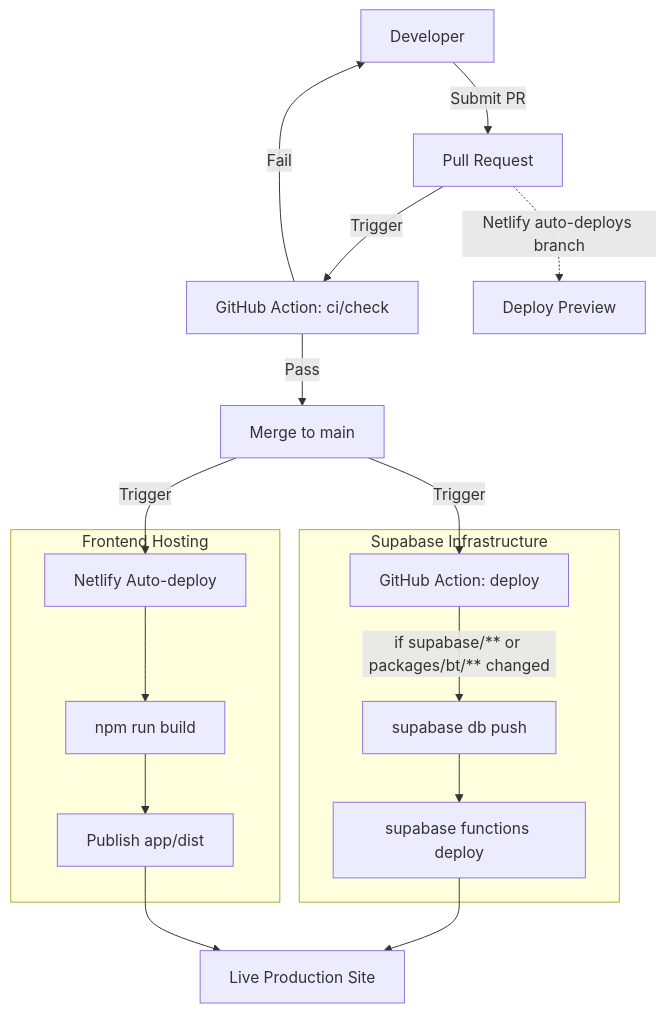
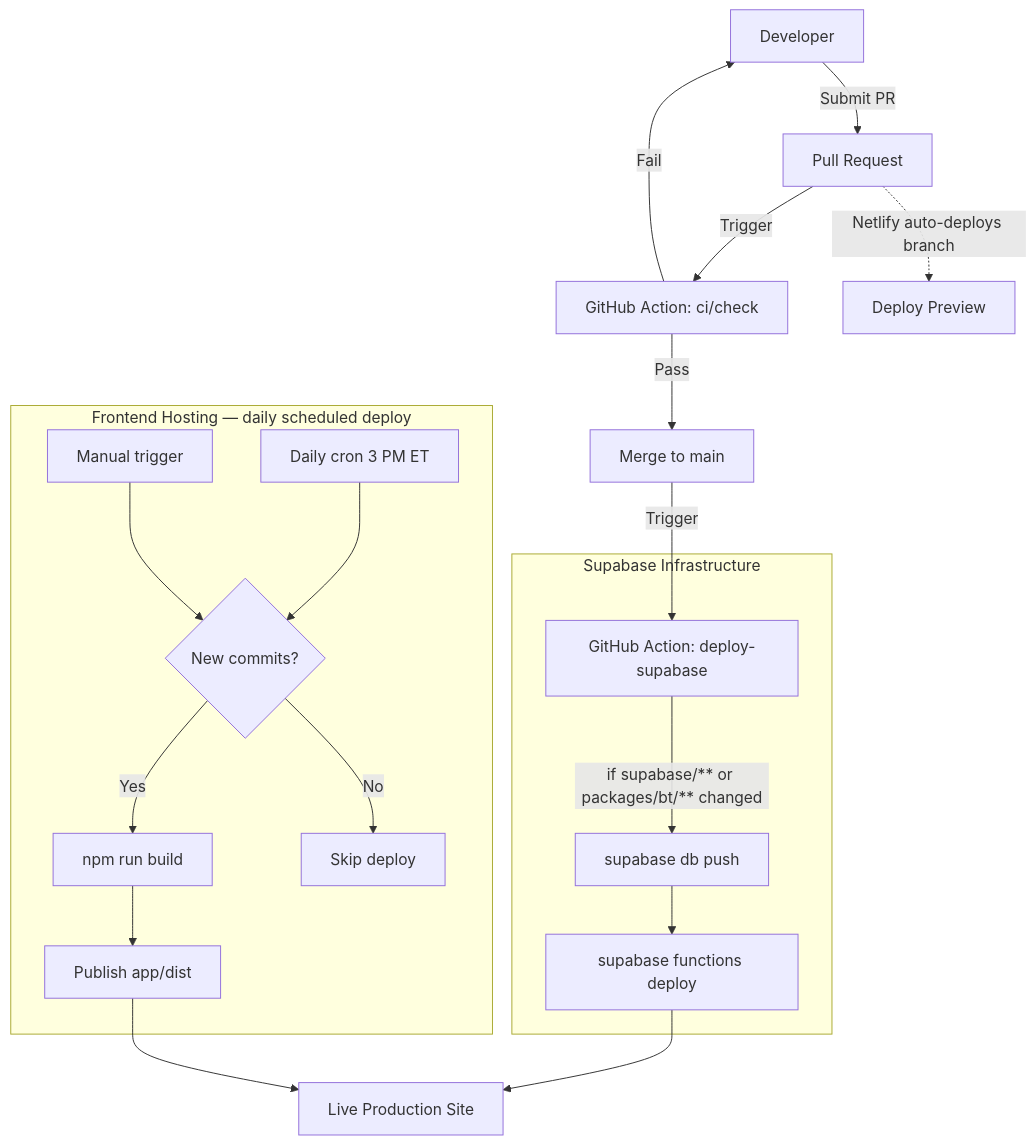
One commit to pandeiro/CoasterRank changed the diagram in README.md. Above: the diagram before and after it, drawn with Mermaid. The commit also changed other lines of this file and 4 other files, not shown here.

First line of the commit message:
feat: scheduled Netlify deploy (daily 3 PM ET + manual trigger)

````diff
--- a/README.md
+++ b/README.md
@@ -37,24 +37,26 @@
 ```mermaid
 graph TD
     Dev[Developer] -->|Submit PR| PR[Pull Request]
     PR -->|Trigger| CI[GitHub Action: ci/check]
     PR -.->|Netlify auto-deploys branch| Preview[Deploy Preview]
     CI -->|Pass| Merge[Merge to main]
     CI -->|Fail| Dev
 
-    Merge -->|Trigger| GH_Deploy[GitHub Action: deploy]
-    Merge -->|Trigger| Netlify[Netlify Auto-deploy]
+    Merge -->|Trigger| GH_Deploy[GitHub Action: deploy-supabase]
 
     subgraph Supabase [Supabase Infrastructure]
         GH_Deploy -->|if supabase/** or packages/bt/** changed| DB[supabase db push]
         DB --> Func[supabase functions deploy]
     end
 
-    subgraph Frontend [Frontend Hosting]
-        Netlify --> Build[npm run build]
+    subgraph Frontend [Frontend Hosting — daily scheduled deploy]
+        Cron[Daily cron 3 PM ET] --> Check{New commits?}
+        Manual[Manual trigger] --> Check
+        Check -->|Yes| Build[npm run build]
+        Check -->|No| Skip[Skip deploy]
         Build --> Deploy[Publish app/dist]
     end
 
     Func --> Site[Live Production Site]
     Deploy --> Site
 ```
````
